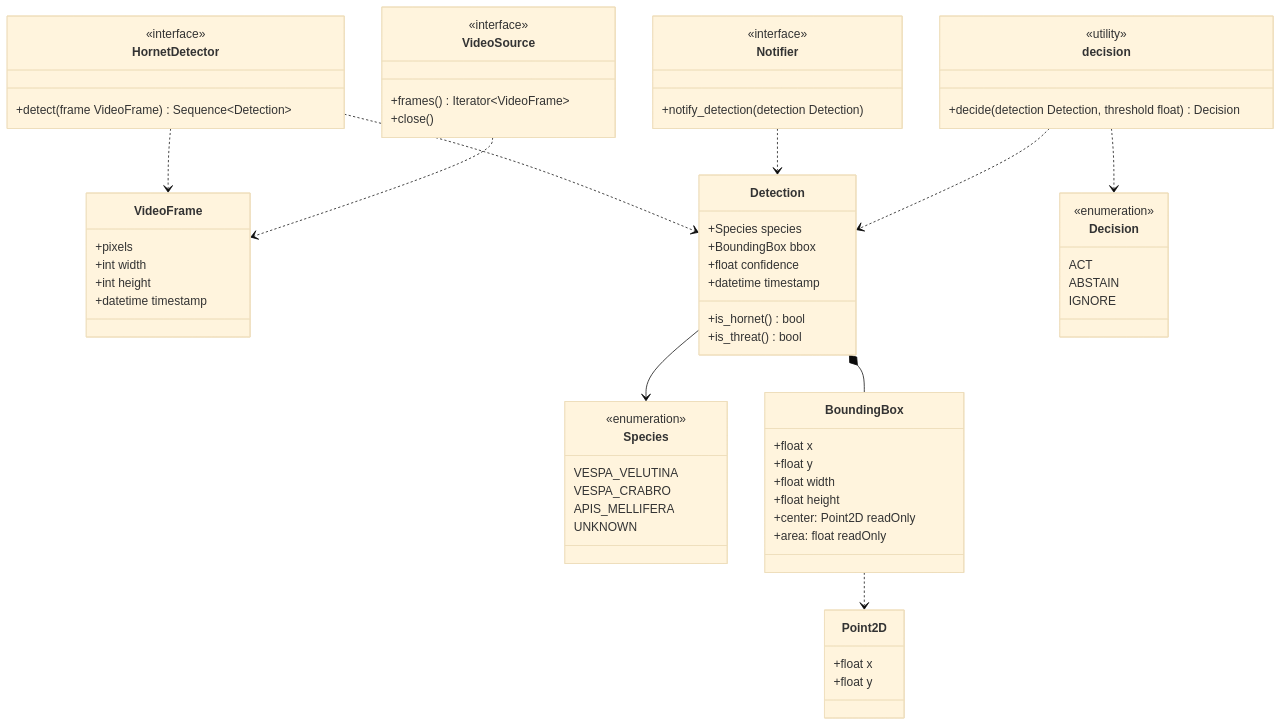
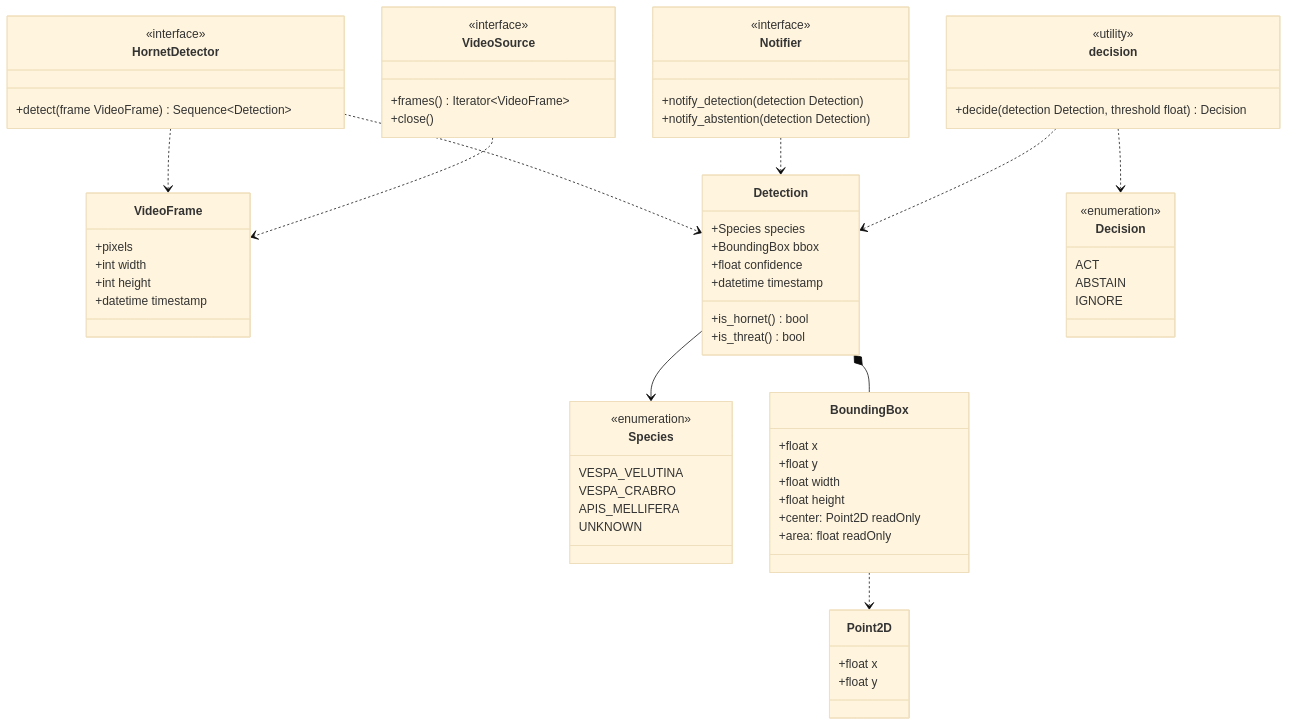
Before and after one commit to benoit-bremaud/aristech: the diagram in docs/architecture/diagrams/detection/04-class.md, drawn with Mermaid (base theme). The commit also changed 14 other files, not shown here.

````diff
--- a/docs/architecture/diagrams/detection/04-class.md
+++ b/docs/architecture/diagrams/detection/04-class.md
@@ -15,69 +15,70 @@
 ```mermaid
 classDiagram
     class Species {
         <<enumeration>>
         VESPA_VELUTINA
         VESPA_CRABRO
         APIS_MELLIFERA
         UNKNOWN
     }
     class BoundingBox {
         +float x
         +float y
         +float width
         +float height
         +center: Point2D readOnly
         +area: float readOnly
     }
     class Point2D {
         +float x
         +float y
     }
     class VideoFrame {
         +pixels
         +int width
         +int height
         +datetime timestamp
     }
     class Detection {
         +Species species
         +BoundingBox bbox
         +float confidence
         +datetime timestamp
         +is_hornet() bool
         +is_threat() bool
     }
     class decision {
         <<utility>>
         +decide(detection Detection, threshold float) Decision
     }
     class Decision {
         <<enumeration>>
         ACT
         ABSTAIN
         IGNORE
     }
     class HornetDetector {
         <<interface>>
         +detect(frame VideoFrame) Sequence~Detection~
     }
     class VideoSource {
         <<interface>>
         +frames() Iterator~VideoFrame~
         +close()
     }
     class Notifier {
         <<interface>>
         +notify_detection(detection Detection)
+        +notify_abstention(detection Detection)
     }
 
     Detection --> Species
     Detection *-- BoundingBox
     BoundingBox ..> Point2D
     HornetDetector ..> VideoFrame
     HornetDetector ..> Detection
     VideoSource ..> VideoFrame
     Notifier ..> Detection
     decision ..> Detection
     decision ..> Decision
 ```
````
